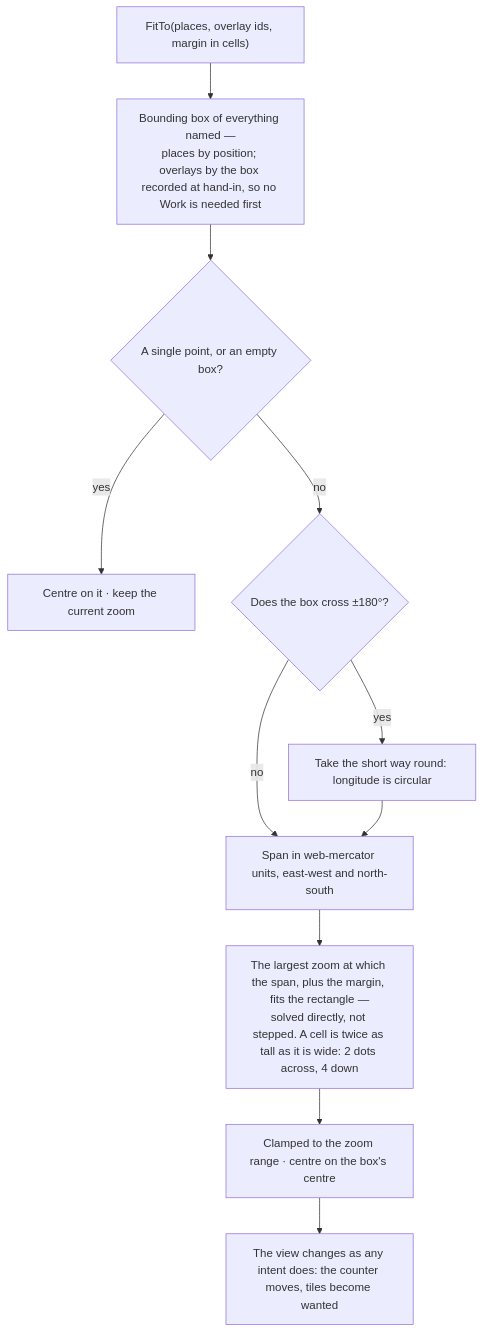
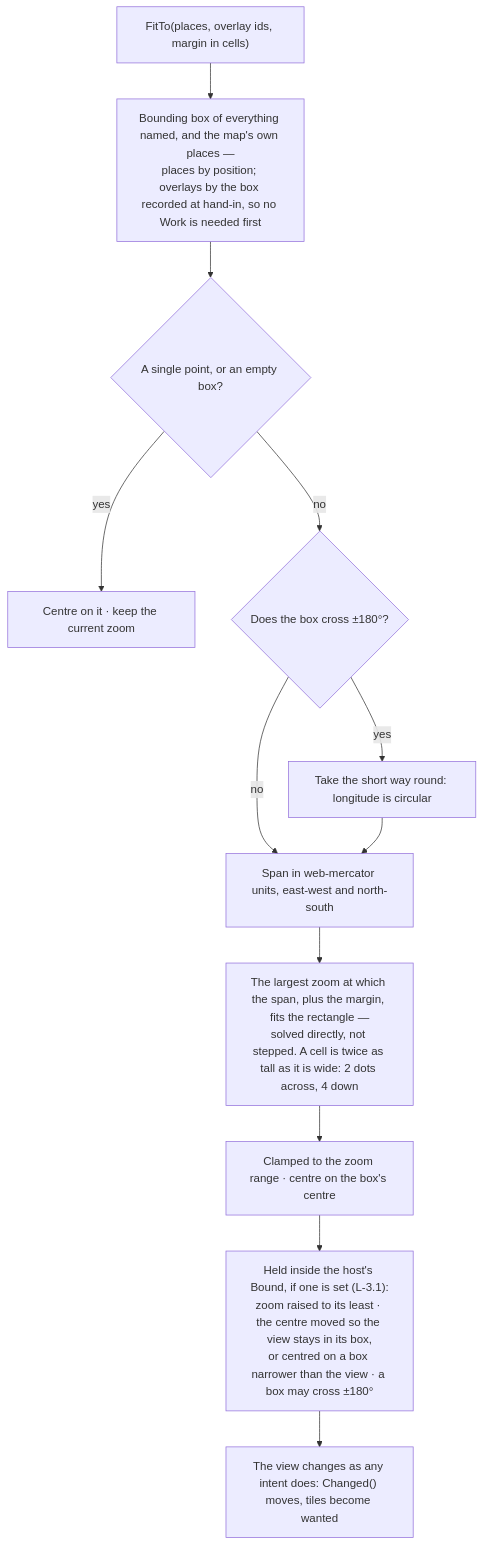
The second of 2 diagrams in 06_docs/02_features/go-tuimaps/03-architecture-design/L2-view.md (branden-thompson/go-tuimaps), drawn with Mermaid before and after one commit. The commit also changed other lines of this file and 544 other files, not shown here.

````diff
--- a/06_docs/02_features/go-tuimaps/03-architecture-design/L2-view.md
+++ b/06_docs/02_features/go-tuimaps/03-architecture-design/L2-view.md
@@ -20,13 +22,14 @@
 ```mermaid
 flowchart TB
-    IN["FitTo(places, overlay ids, margin in cells)"] --> BOX["Bounding box of everything named —<br/>places by position; overlays by the box recorded at hand-in, so no Work is needed first"]
+    IN["FitTo(places, overlay ids, margin in cells)"] --> BOX["Bounding box of everything named, and the map's own places —<br/>places by position; overlays by the box recorded at hand-in, so no Work is needed first"]
     BOX --> ONE{"A single point, or an empty box?"}
     ONE -- yes --> KEEP["Centre on it · keep the current zoom"]
     ONE -- no --> ANTI{"Does the box cross ±180°?"}
     ANTI -- yes --> SHORT["Take the short way round: longitude is circular"]
     ANTI -- no --> SPAN
     SHORT --> SPAN["Span in web-mercator units, east-west and north-south"]
     SPAN --> FITZ["The largest zoom at which the span, plus the margin, fits the rectangle —<br/>solved directly, not stepped. A cell is twice as tall as it is wide: 2 dots across, 4 down"]
     FITZ --> CL["Clamped to the zoom range · centre on the box's centre"]
-    CL --> OUT["The view changes as any intent does: the counter moves, tiles become wanted"]
+    CL --> BOUND["Held inside the host's Bound, if one is set (L-3.1):<br/>zoom raised to its least · the centre moved so the view stays in its box,<br/>or centred on a box narrower than the view · a box may cross ±180°"]
+    BOUND --> OUT["The view changes as any intent does: Changed() moves, tiles become wanted"]
 ```
````
